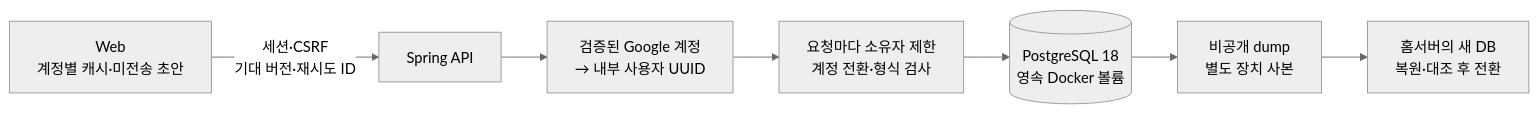
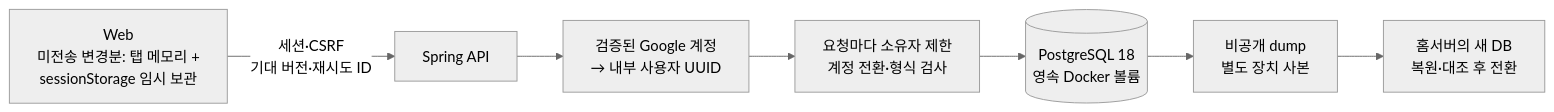
The first of 2 diagrams in docs/account-storage-design.md (ChoHadam/plannet), drawn with Mermaid (neutral theme) before and after one commit. The commit also changed other lines of this file and 126 other files, not shown here.

````diff
--- a/docs/account-storage-design.md
+++ b/docs/account-storage-design.md
@@ -7,9 +7,9 @@
 ```mermaid
 flowchart LR
-    Browser["Web<br/>계정별 캐시·미전송 초안"] -->|"세션·CSRF<br/>기대 버전·재시도 ID"| API["Spring API"]
+    Browser["Web<br/>미전송 변경분: 탭 메모리 +<br/>sessionStorage 임시 보관"] -->|"세션·CSRF<br/>기대 버전·재시도 ID"| API["Spring API"]
     API --> Identity["검증된 Google 계정<br/>→ 내부 사용자 UUID"]
     Identity --> Owner["요청마다 소유자 제한<br/>계정 전환·형식 검사"]
     Owner --> DB[("PostgreSQL 18<br/>영속 Docker 볼륨")]
     DB --> Backup["비공개 dump<br/>별도 장치 사본"]
     Backup --> Home["홈서버의 새 DB<br/>복원·대조 후 전환"]
 ```
````
